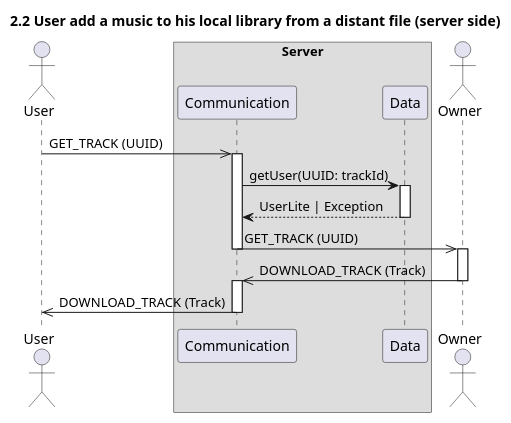
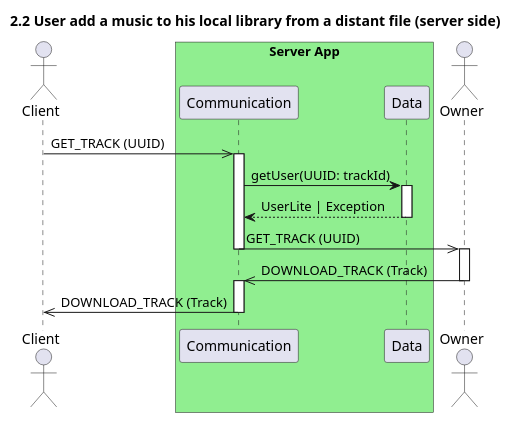
Before and after one commit to UTCAI12/Diagrams: the diagram in sequence/2.2.download_music_server.puml, drawn with PlantUML. The commit also changed 6 other files, not shown here.

```diff
--- a/sequence/2.2.download_music_server.puml
+++ b/sequence/2.2.download_music_server.puml
@@ -1,31 +1,31 @@
 @startuml 2.2 User add a music to his local library from a distant file (server side)
 title 2.2 User add a music to his local library from a distant file (server side)
 
-actor "User" as user
-box Server
-    participant Communication
-    participant Data
+actor "Client" as client
+box "Server App" #LightGreen
+    participant "Communication" as com
+    participant "Data" as data
 end box
 actor "Owner" as owner
 
-user ->> Communication : GET_TRACK (UUID)
-activate Communication
+client ->> com : GET_TRACK (UUID)
+activate com
 
-Communication -> Data : getUser(UUID: trackId)
-activate Data
+com -> data : getUser(UUID: trackId)
+activate data
 
-Data --> Communication : UserLite | Exception
-deactivate Data
+data --> com : UserLite | Exception
+deactivate data
 
-Communication ->> owner : GET_TRACK (UUID)
-deactivate Communication
+com ->> owner : GET_TRACK (UUID)
+deactivate com
 activate owner
 
-owner ->> Communication : DOWNLOAD_TRACK (Track)
+owner ->> com : DOWNLOAD_TRACK (Track)
 deactivate owner
-activate Communication
+activate com
 
-Communication ->> user : DOWNLOAD_TRACK (Track)
-deactivate Communication
+com ->> client : DOWNLOAD_TRACK (Track)
+deactivate com
 
 @enduml
```
